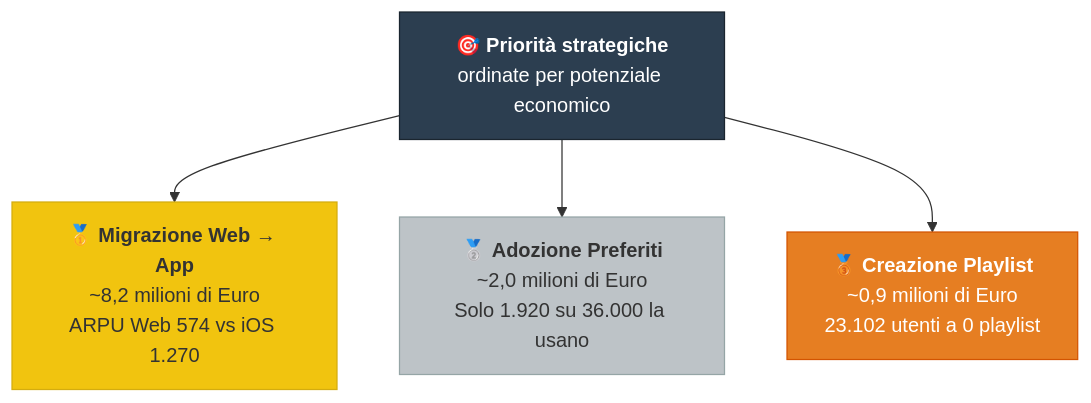
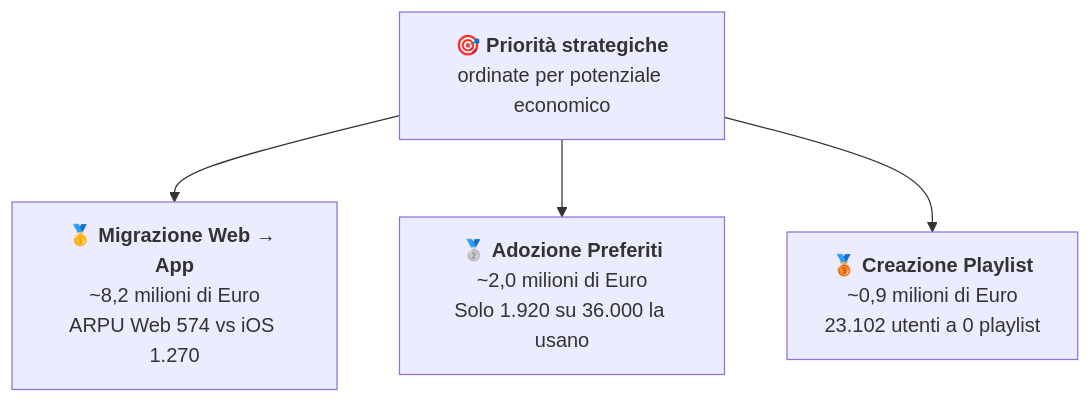
The tenth of 12 diagrams in src/content/corso/analisi-prodotto/analisi-coorte.mdx (AndreyBertasini/gynnitech), drawn with Mermaid before and after one commit. The commit also changed other lines of this file and 110 other files, not shown here.

First line of the commit message:
chore(content): optimize mermaid diagrams for mobile and dark theme

````diff
--- a/src/content/corso/analisi-prodotto/analisi-coorte.mdx
+++ b/src/content/corso/analisi-prodotto/analisi-coorte.mdx
@@ -309,11 +278,7 @@
 ```mermaid
-graph TD
+flowchart TD
     TOP["🎯 <b>Priorità strategiche</b><br/>ordinate per potenziale economico"]
     TOP --> P1["🥇 <b>Migrazione Web → App</b><br/>~8,2 milioni di Euro<br/>ARPU Web 574 vs iOS 1.270"]
     TOP --> P2["🥈 <b>Adozione Preferiti</b><br/>~2,0 milioni di Euro<br/>Solo 1.920 su 36.000 la usano"]
     TOP --> P3["🥉 <b>Creazione Playlist</b><br/>~0,9 milioni di Euro<br/>23.102 utenti a 0 playlist"]
-    style TOP fill:#2c3e50,stroke:#1a252f,color:#fff
-    style P1 fill:#f1c40f,stroke:#d4ac0f,color:#333
-    style P2 fill:#bdc3c7,stroke:#95a5a6,color:#333
-    style P3 fill:#e67e22,stroke:#d35400,color:#fff
 ```
````
